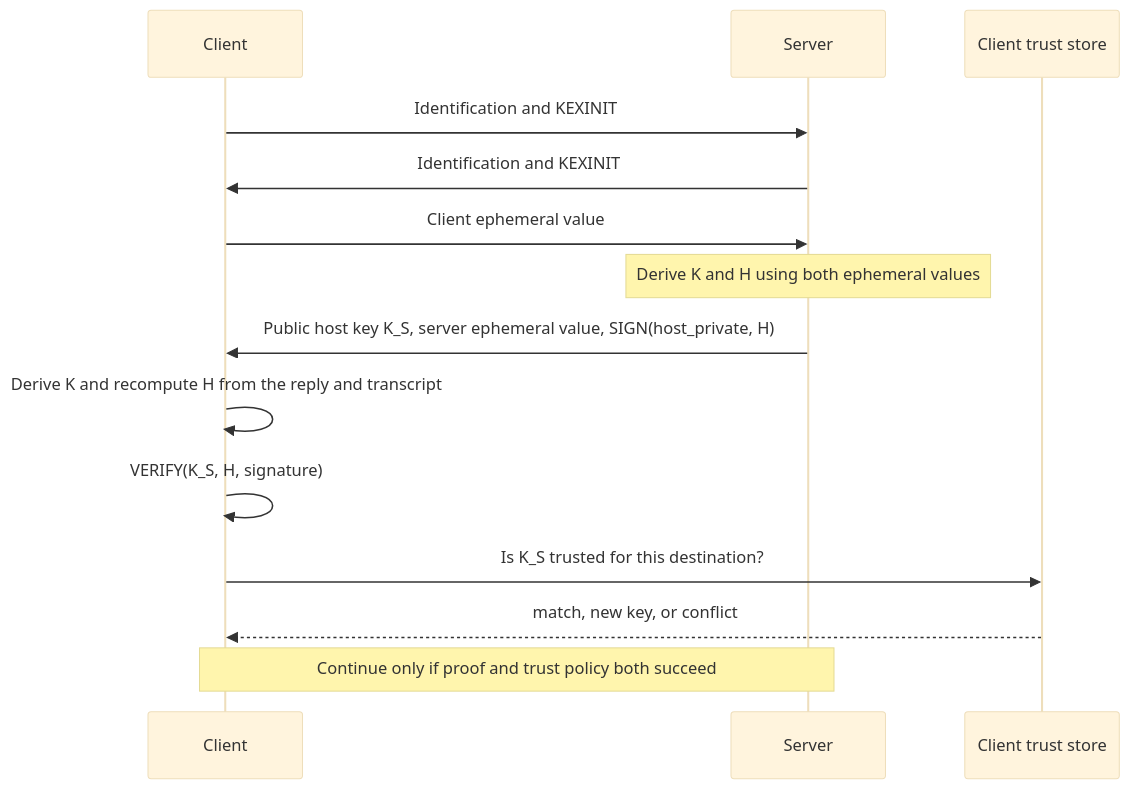
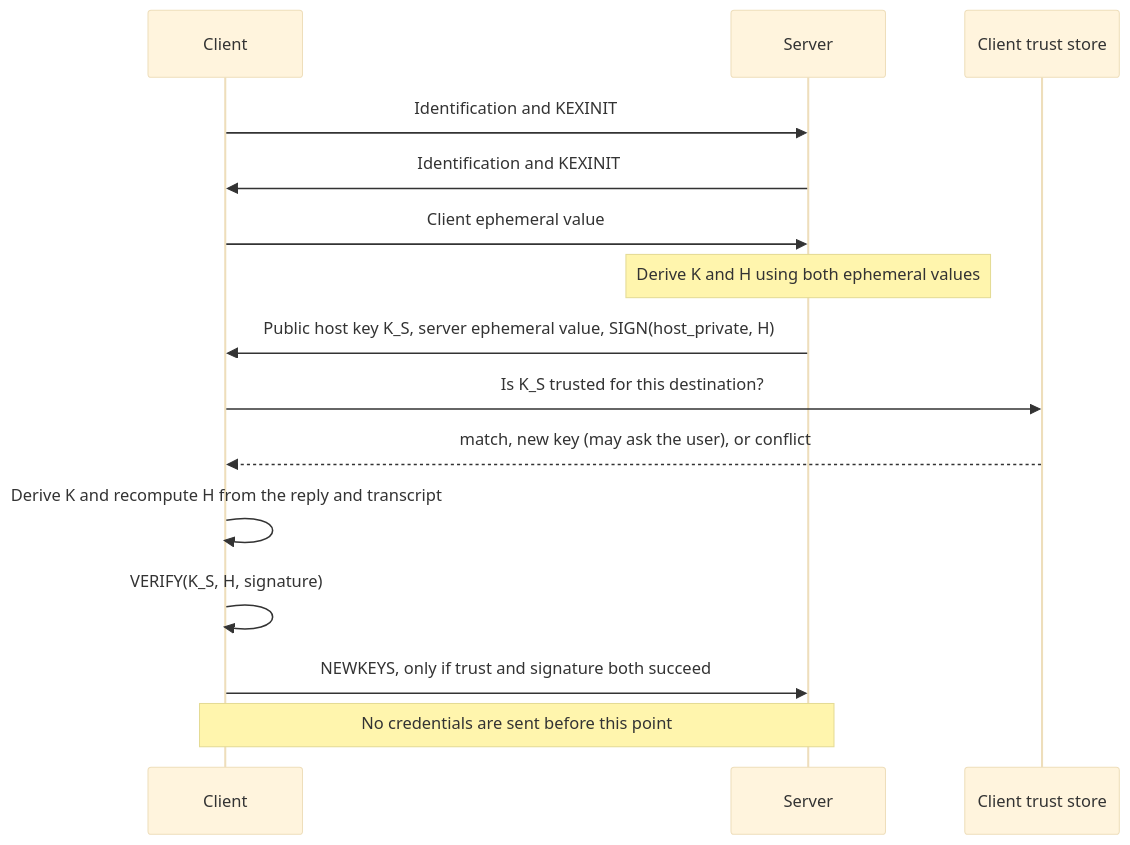
The first of 5 diagrams in src/server-authentication.md (fornwall/ssh-protocol), drawn with Mermaid (base theme) before and after one commit. The commit also changed other lines of this file and 9 other files, not shown here.

First line of the commit message:
Show that the client checks host-key trust before the KEX signature

````diff
--- a/src/server-authentication.md
+++ b/src/server-authentication.md
@@ -31,17 +31,18 @@
 ```mermaid
 sequenceDiagram
     participant C as Client
     participant S as Server
     participant T as Client trust store
 
     C->>S: Identification and KEXINIT
     S->>C: Identification and KEXINIT
     C->>S: Client ephemeral value
     Note over S: Derive K and H using both ephemeral values
     S->>C: Public host key K_S, server ephemeral value, SIGN(host_private, H)
+    C->>T: Is K_S trusted for this destination?
+    T-->>C: match, new key (may ask the user), or conflict
     C->>C: Derive K and recompute H from the reply and transcript
     C->>C: VERIFY(K_S, H, signature)
-    C->>T: Is K_S trusted for this destination?
-    T-->>C: match, new key, or conflict
-    Note over C,S: Continue only if proof and trust policy both succeed
+    C->>S: NEWKEYS, only if trust and signature both succeed
+    Note over C,S: No credentials are sent before this point
 ```
````
